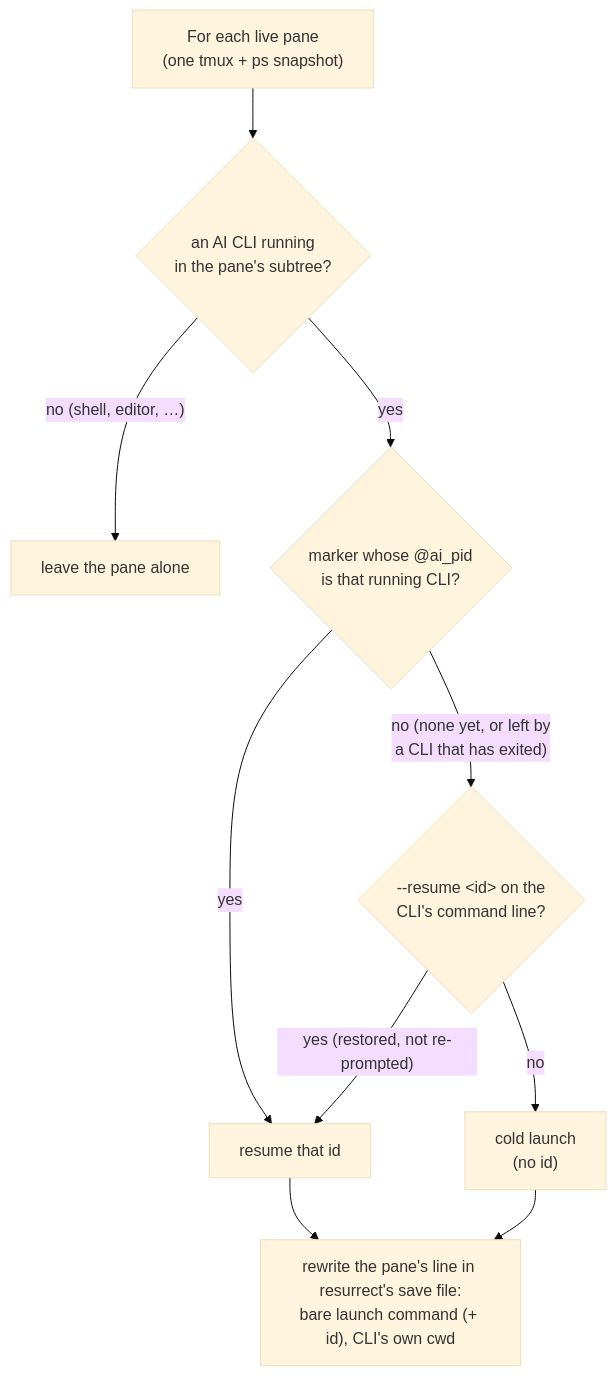
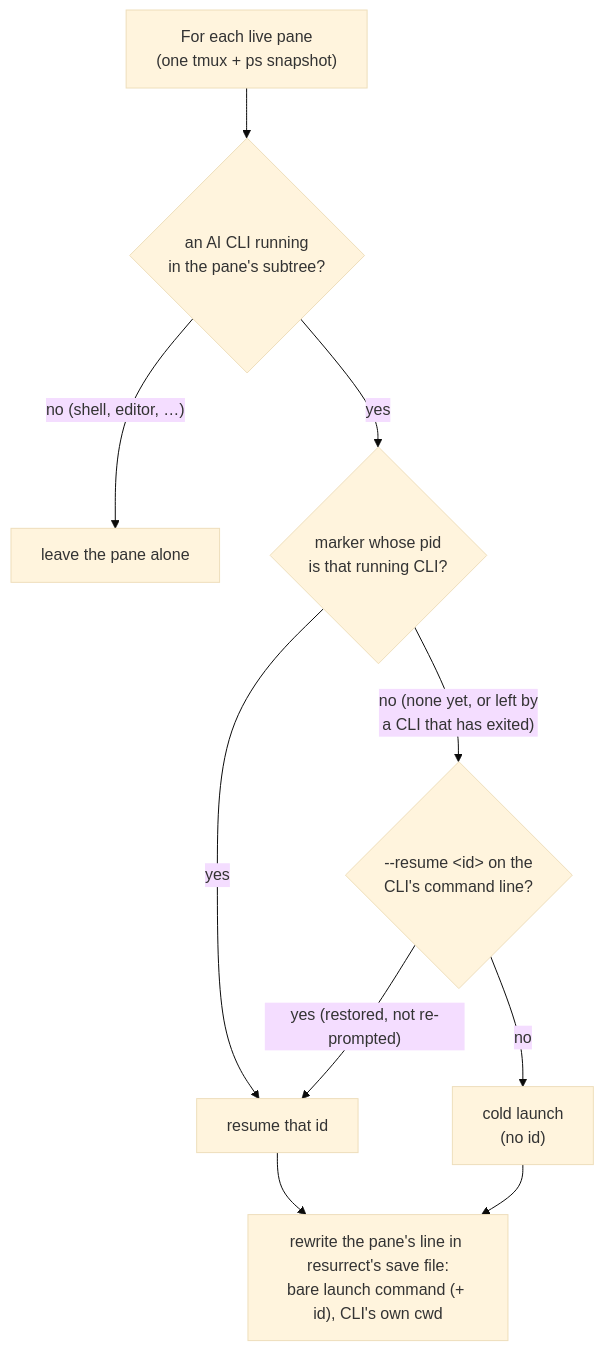
The second of 3 diagrams in README.md (harnessed-ai/tmux-ai-sessions-restore), drawn with Mermaid (base theme) before and after one commit. The commit also changed other lines of this file and 11 other files, not shown here.

````diff
--- a/README.md
+++ b/README.md
@@ -97,12 +99,12 @@
 ```mermaid
 flowchart TD
     start["For each live pane<br/>(one tmux + ps snapshot)"] --> q0{"an AI CLI running<br/>in the pane's subtree?"}
     q0 -->|"no (shell, editor, …)"| skip["leave the pane alone"]
-    q0 -->|yes| q1{"marker whose @ai_pid<br/>is that running CLI?"}
+    q0 -->|yes| q1{"marker whose pid<br/>is that running CLI?"}
     q1 -->|yes| build["resume that id"]
     q1 -->|"no (none yet, or left by<br/>a CLI that has exited)"| q3{"--resume &lt;id&gt; on the<br/>CLI's command line?"}
     q3 -->|"yes (restored, not re-prompted)"| build
     q3 -->|no| cold["cold launch<br/>(no id)"]
     build --> write["rewrite the pane's line in resurrect's save file:<br/>bare launch command (+ id), CLI's own cwd"]
     cold --> write
 ```
````
